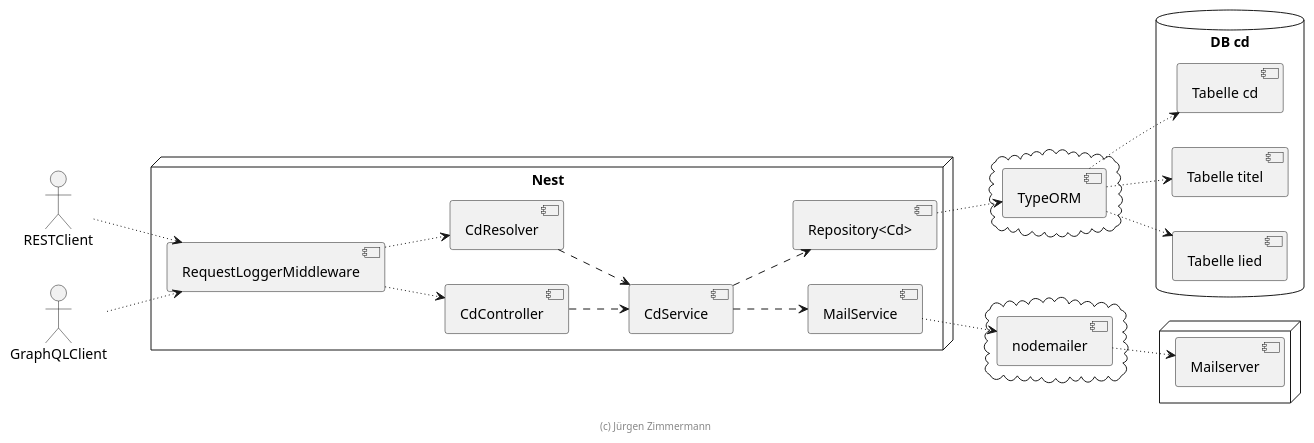
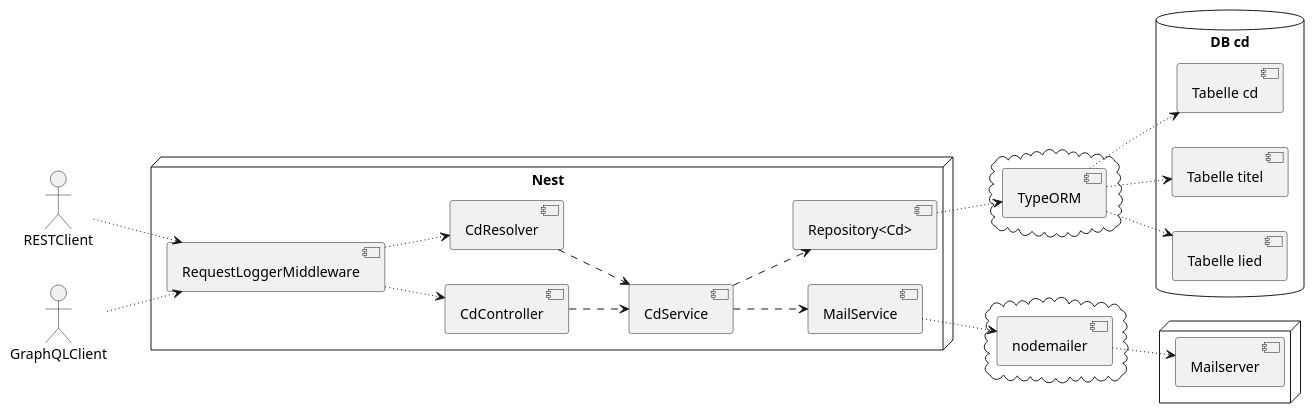
Before and after one commit to abda1014/cd: the diagram in .extras/doc/projekthandbuch/komponenten.plantuml, drawn with PlantUML. The commit also changed 39 other files, not shown here.

```diff
--- a/.extras/doc/projekthandbuch/komponenten.plantuml
+++ b/.extras/doc/projekthandbuch/komponenten.plantuml
@@ -18,61 +18,61 @@
 @startuml Komponenten
 
 left to right direction
 
 actor RESTClient
 actor GraphQLClient
 
 node "Nest" {
   [RequestLoggerMiddleware]
 
   [CdController]
   [CdResolver]
 
   [CdService]
 
   [Repository<Cd>]
 
   [MailService]
 }
 
 
 cloud {
     [TypeORM]
 }
 
 cloud {
     [nodemailer]
 }
 
 database "DB cd" {
     [Tabelle cd]
     [Tabelle titel]
     [Tabelle lied]
 }
 
 node {
     [Mailserver]
 }
 
 RESTClient ~~> [RequestLoggerMiddleware]
 GraphQLClient ~~> [RequestLoggerMiddleware]
 
 [RequestLoggerMiddleware] ~~> [CdController]
 [RequestLoggerMiddleware] ~~> [CdResolver]
 
 [CdController] ..> [CdService]
 [CdResolver] ..> [CdService]
 [CdService] ..> [Repository<Cd>]
 
 [Repository<Cd>] ~~> [TypeORM]
 [TypeORM] ~~> [Tabelle cd]
 [TypeORM] ~~> [Tabelle titel]
 [TypeORM] ~~> [Tabelle lied]
 
 [CdService] ..> [MailService]
 [MailService] ~~> [nodemailer]
 [nodemailer] ~~> [Mailserver]
 
-footer (c) Jürgen Zimmermann
+
 
 @enduml
```
